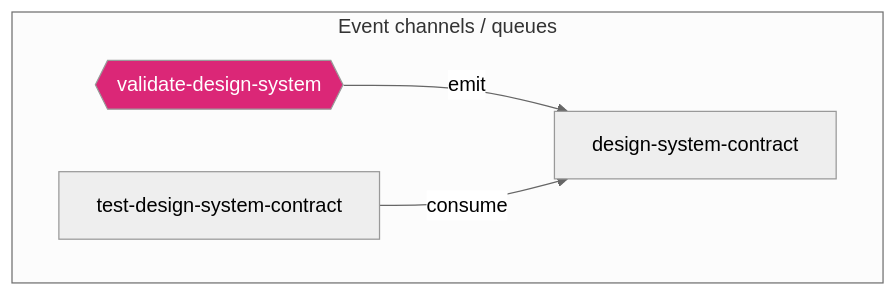
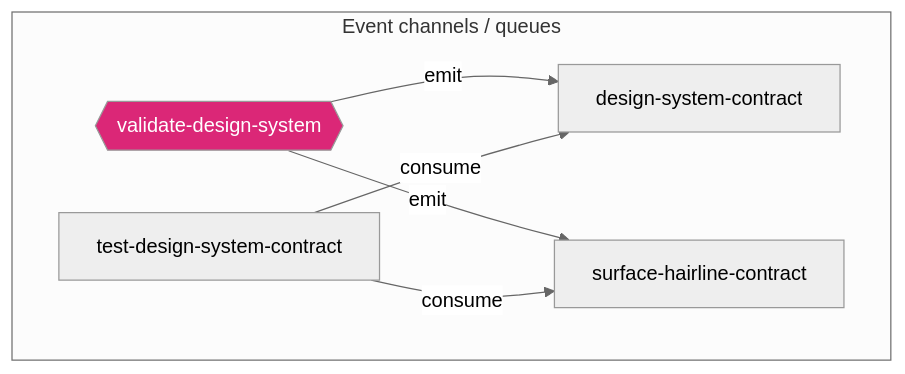
One commit to jscraik/websites changed the diagram in .diagram/events.mmd. Above: the diagram before and after it, drawn with Mermaid (neutral theme). The commit also changed 33 other files, not shown here.

```diff
--- a/.diagram/events.mmd
+++ b/.diagram/events.mmd
@@ -1,10 +1,13 @@
 flowchart TD
   subgraph Channels["Event channels / queues"]
     validate_design_system_b8a5f37c{{"validate-design-system"}}
     design_system_contract_744a00f2["design-system-contract"]
+    surface_hairline_contract_da3ed6a5["surface-hairline-contract"]
     test_design_system_contract_2b5439cd["test-design-system-contract"]
   end
   validate_design_system_b8a5f37c -->|emit| design_system_contract_744a00f2
+  validate_design_system_b8a5f37c -->|emit| surface_hairline_contract_da3ed6a5
   test_design_system_contract_2b5439cd -->|consume| design_system_contract_744a00f2
+  test_design_system_contract_2b5439cd -->|consume| surface_hairline_contract_da3ed6a5
   classDef eventNode fill:#db2777,color:#fff
   class validate_design_system_b8a5f37c eventNode
```
